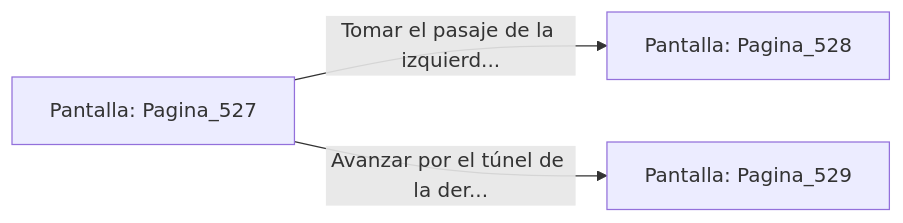
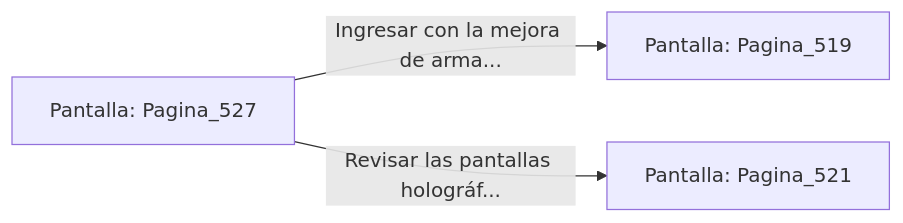
The diagram in sample/eligejuego-vault/Pantalla_Pagina_527.md (metsuke/mpl), drawn with Mermaid before and after one commit. The commit also changed other lines of this file and 635 other files, not shown here.

First line of the commit message:
fix: añadir Pagina_1 como pantalla inicial en capitulo_01.mpl

````diff
--- a/sample/eligejuego-vault/Pantalla_Pagina_527.md
+++ b/sample/eligejuego-vault/Pantalla_Pagina_527.md
@@ -20,6 +24,6 @@
 ```mermaid
 graph LR
     P_Pagina_527["Pantalla: Pagina_527"]
-    P_Pagina_527 -->|"Tomar el pasaje de la izquierd..."| P_Pagina_528["Pantalla: Pagina_528"]
-    P_Pagina_527 -->|"Avanzar por el túnel de la der..."| P_Pagina_529["Pantalla: Pagina_529"]
+    P_Pagina_527 -->|"Ingresar con la mejora de arma..."| P_Pagina_519["Pantalla: Pagina_519"]
+    P_Pagina_527 -->|"Revisar las pantallas holográf..."| P_Pagina_521["Pantalla: Pagina_521"]
 ```
````
